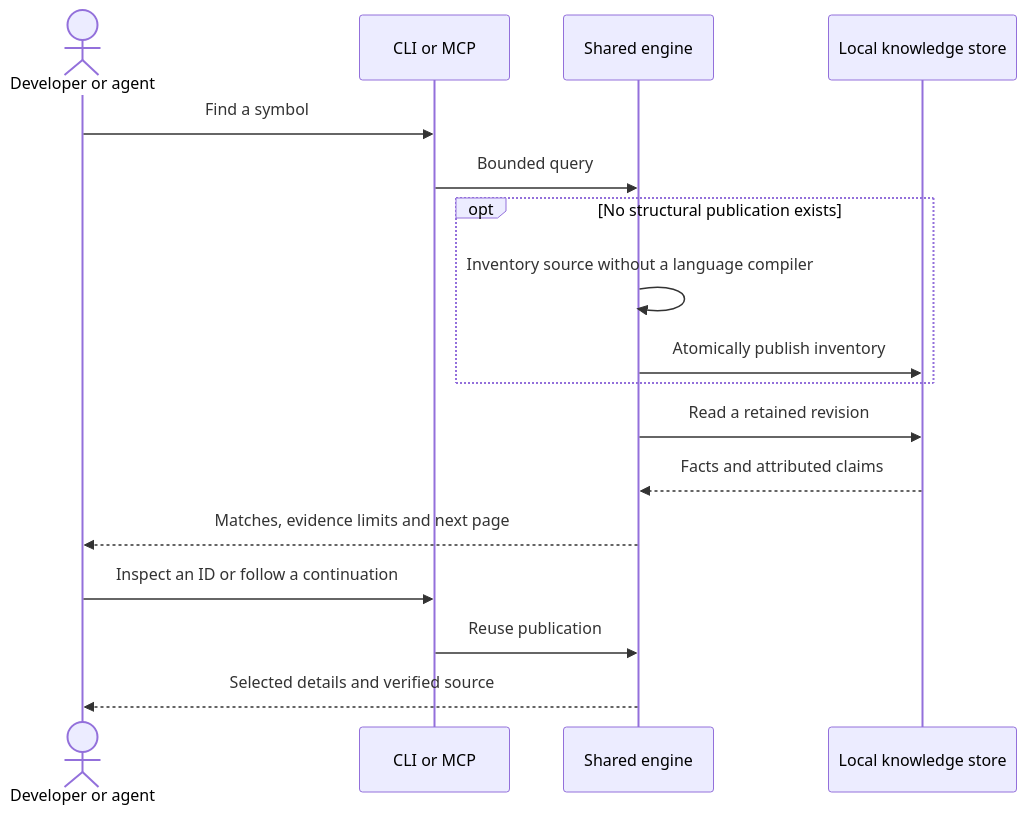
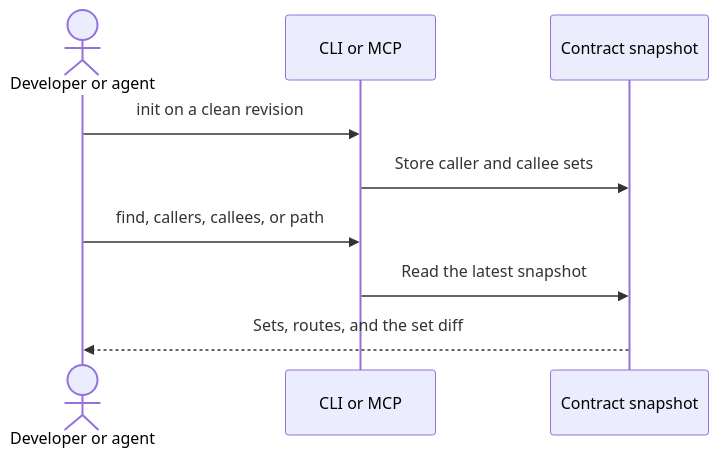
The second of 3 diagrams in README.md (tim-gowan/entmoot), drawn with Mermaid before and after one commit. The commit also changed other lines of this file and 42 other files, not shown here.

````diff
--- a/README.md
+++ b/README.md
@@ -86,19 +86,11 @@
 ```mermaid
 sequenceDiagram
     actor User as Developer or agent
     participant CLI as CLI or MCP
-    participant Engine as Shared engine
-    participant Store as Local knowledge store
-    User->>CLI: Find a symbol
-    CLI->>Engine: Bounded query
-    opt No structural publication exists
-        Engine->>Engine: Inventory source without a language compiler
-        Engine->>Store: Atomically publish inventory
-    end
-    Engine->>Store: Read a retained revision
-    Store-->>Engine: Facts and attributed claims
-    Engine-->>User: Matches, evidence limits and next page
-    User->>CLI: Inspect an ID or follow a continuation
-    CLI->>Engine: Reuse publication
-    Engine-->>User: Selected details and verified source
+    participant Store as Contract snapshot
+    User->>CLI: init on a clean revision
+    CLI->>Store: Store caller and callee sets
+    User->>CLI: find, callers, callees, or path
+    CLI->>Store: Read the latest snapshot
+    Store-->>User: Sets, routes, and the set diff
 ```
````
